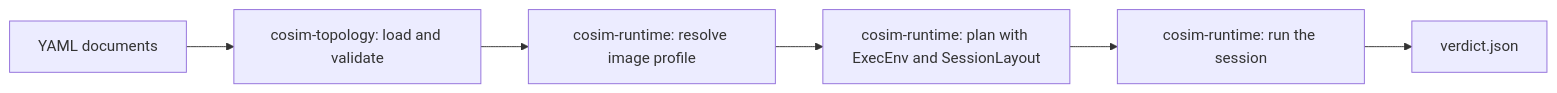
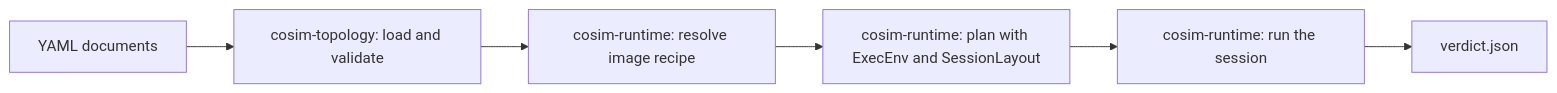
One commit to chengchen512/cosim-gpu changed the first of 3 diagrams in docs/en/topology.md. Above: the diagram before and after it, drawn with Mermaid. The commit also changed other lines of this file and 20 other files, not shown here.

````diff
--- a/docs/en/topology.md
+++ b/docs/en/topology.md
@@ -14,8 +14,8 @@
 ```mermaid
 flowchart LR
     Y[YAML documents] --> T[cosim-topology: load and validate]
-    T --> I[cosim-runtime: resolve image profile]
+    T --> I[cosim-runtime: resolve image recipe]
     I --> P[cosim-runtime: plan with ExecEnv and SessionLayout]
     P --> R[cosim-runtime: run the session]
     R --> V[verdict.json]
 ```
````
